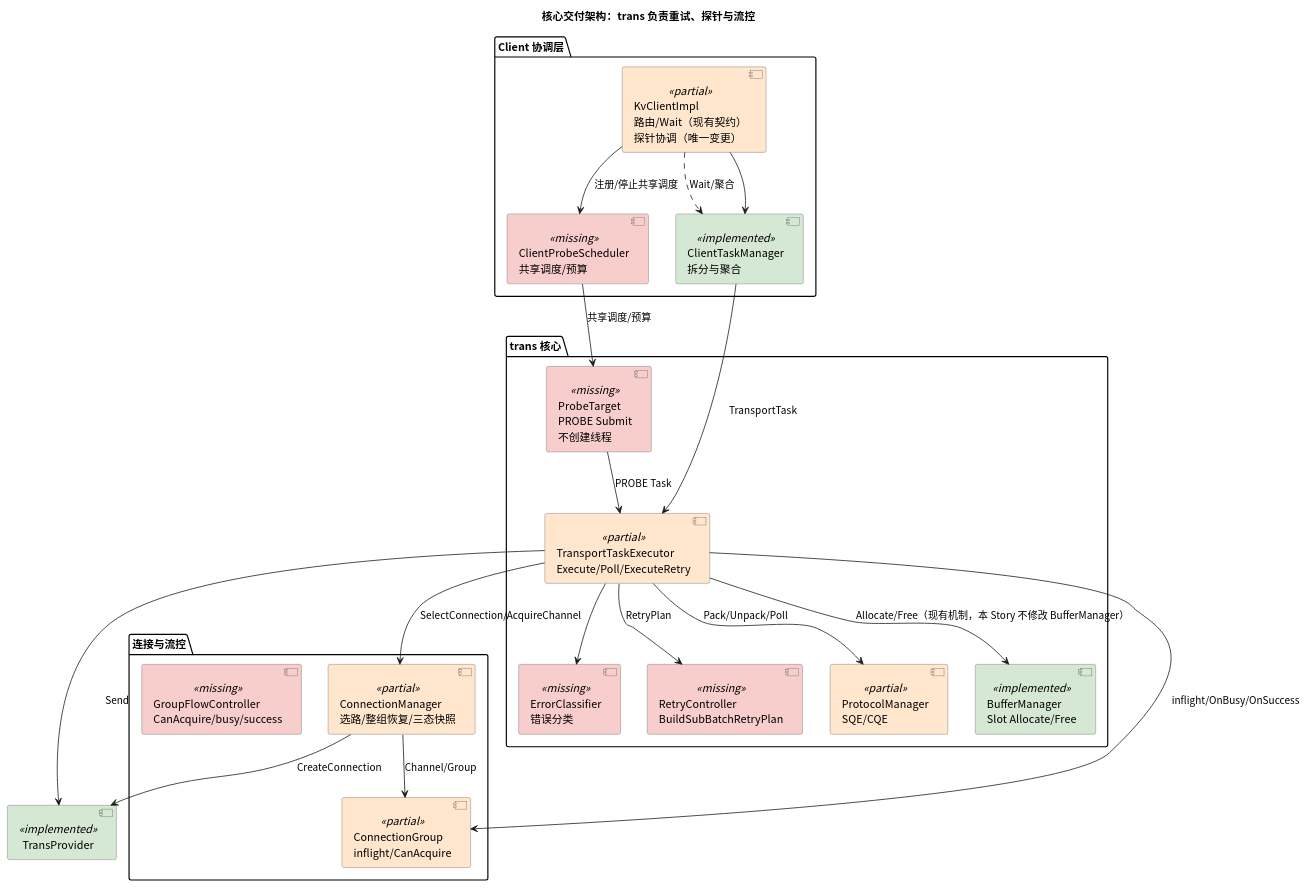
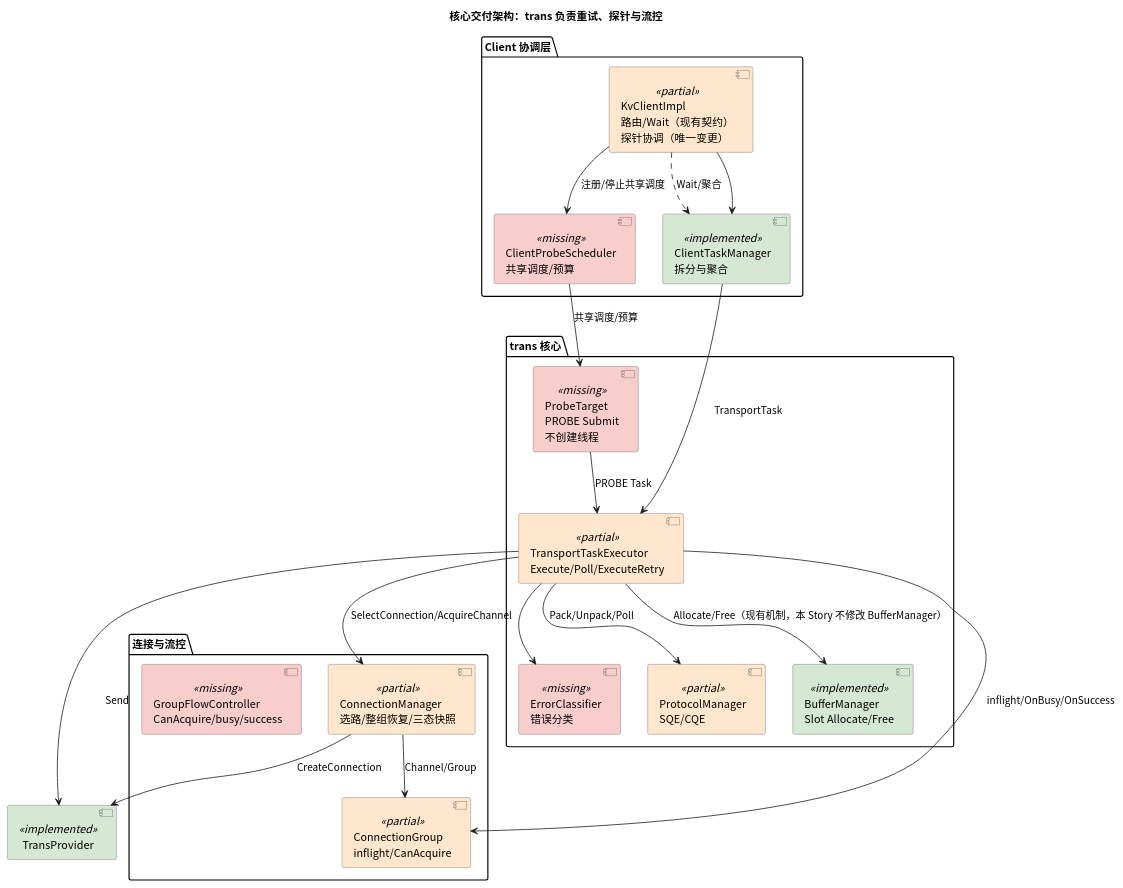
Before and after one commit to Shiqt233/unified-cache-management: the first of 6 diagrams in kv_semantics/docs/SR20261025425863软件Story设计说明书.md, drawn with PlantUML. The commit also changed other lines of this file, not shown here.

````diff
--- a/kv_semantics/docs/SR20261025425863软件Story设计说明书.md
+++ b/kv_semantics/docs/SR20261025425863软件Story设计说明书.md
@@ -133,47 +133,45 @@
 ```plantuml
 @startuml
 title 核心交付架构：trans 负责重试、探针与流控
 skinparam component {
   BackgroundColor<<implemented>> #D5E8D4
   BackgroundColor<<partial>> #FFE6CC
   BackgroundColor<<missing>> #F8CECC
   BorderColor #666666
 }
 skinparam defaultFontName "Noto Sans CJK SC"
 package "Client 协调层" {
   [KvClientImpl\n路由/Wait（现有契约）\n探针协调（唯一变更）] as client <<partial>>
   [ClientTaskManager\n拆分与聚合] as ctm <<implemented>>
   [ClientProbeScheduler\n共享调度/预算] as probe <<missing>>
 }
 package "trans 核心" {
   [TransportTaskExecutor\nExecute/Poll/ExecuteRetry] as executor <<partial>>
   [ErrorClassifier\n错误分类] as classifier <<missing>>
-  [RetryController\nBuildSubBatchRetryPlan] as retry <<missing>>
   [ProbeTarget\nPROBE Submit\n不创建线程] as probeTarget <<missing>>
   [ProtocolManager\nSQE/CQE] as protocol <<partial>>
   [BufferManager\nSlot Allocate/Free] as buffer <<implemented>>
 }
 package "连接与流控" {
   [ConnectionManager\n选路/整组恢复/三态快照] as conn <<partial>>
   [ConnectionGroup\ninflight/CanAcquire] as group <<partial>>
   [GroupFlowController\nCanAcquire/busy/success] as flow <<missing>>
 }
 [TransProvider] as provider <<implemented>>
 
 client --> ctm
 ctm --> executor : TransportTask
 executor --> classifier
-executor --> retry : RetryPlan
 executor --> conn : SelectConnection/AcquireChannel
 executor --> protocol : Pack/Unpack/Poll
 executor --> buffer : Allocate/Free（现有机制，本 Story 不修改 BufferManager）
 executor --> group : inflight/OnBusy/OnSuccess
 conn --> group : Channel/Group
 probe --> probeTarget : 共享调度/预算
 probeTarget --> executor : PROBE Task
 executor --> provider : Send
 conn --> provider : CreateConnection
 client --> probe : 注册/停止共享调度
 client ..> ctm : Wait/聚合
 @enduml
 ```
````
